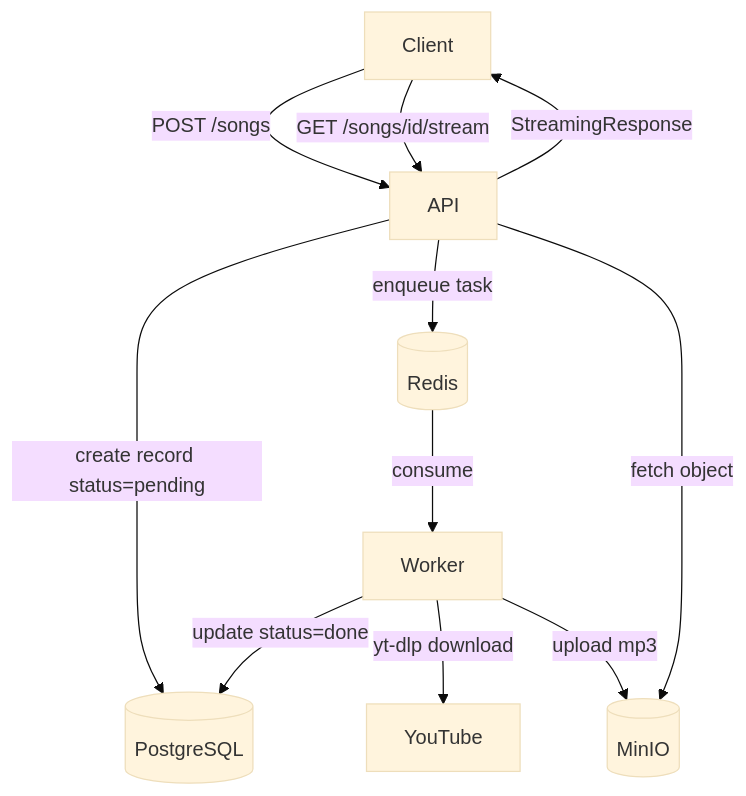
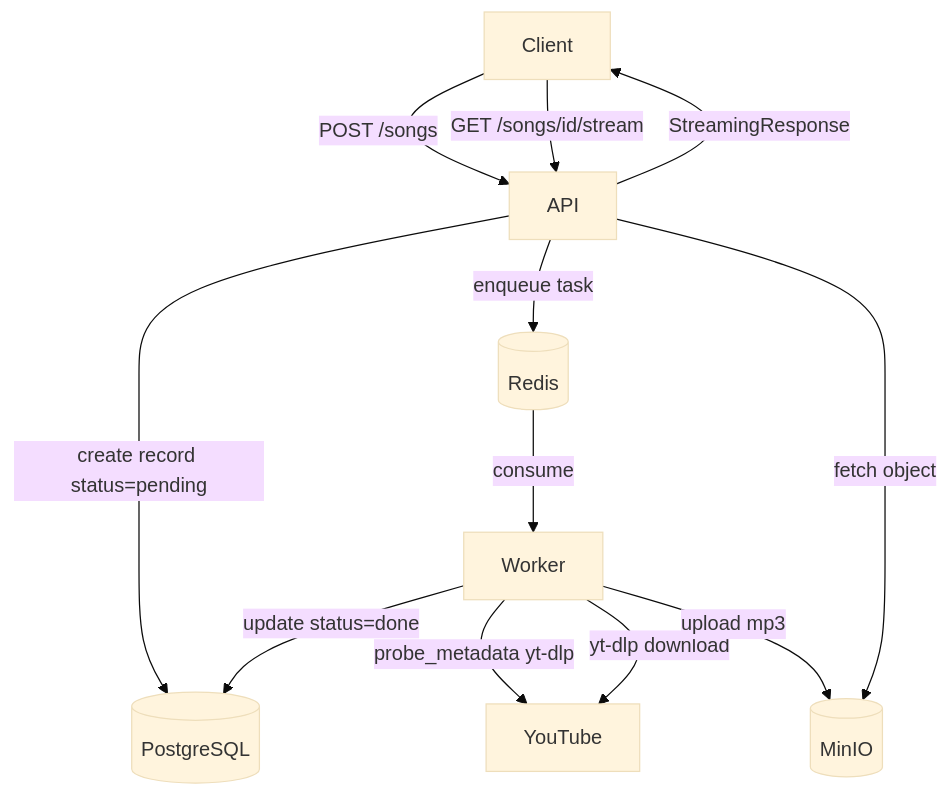
One commit to KarthikUdyawar/melo changed the first of 5 diagrams in README.md. Above: the diagram before and after it, drawn with Mermaid (base theme). The commit also changed other lines of this file and 6 other files, not shown here.

Commit message:
feat(metadata): implement YouTube metadata probing and deduplication for audio processing

````diff
--- a/README.md
+++ b/README.md
@@ -24,13 +24,14 @@
 ```mermaid
 graph TD
     Client -->|POST /songs| API
     API -->|create record status=pending| PG[(PostgreSQL)]
     API -->|enqueue task| Redis[(Redis)]
     Redis -->|consume| Worker
-    Worker -->|yt-dlp download| YT[YouTube]
+    Worker -->|probe_metadata yt-dlp| YT[YouTube]
+    Worker -->|yt-dlp download| YT
     Worker -->|upload mp3| MinIO[(MinIO)]
     Worker -->|update status=done| PG
     Client -->|GET /songs/id/stream| API
     API -->|fetch object| MinIO
     API -->|StreamingResponse| Client
 ```
````
